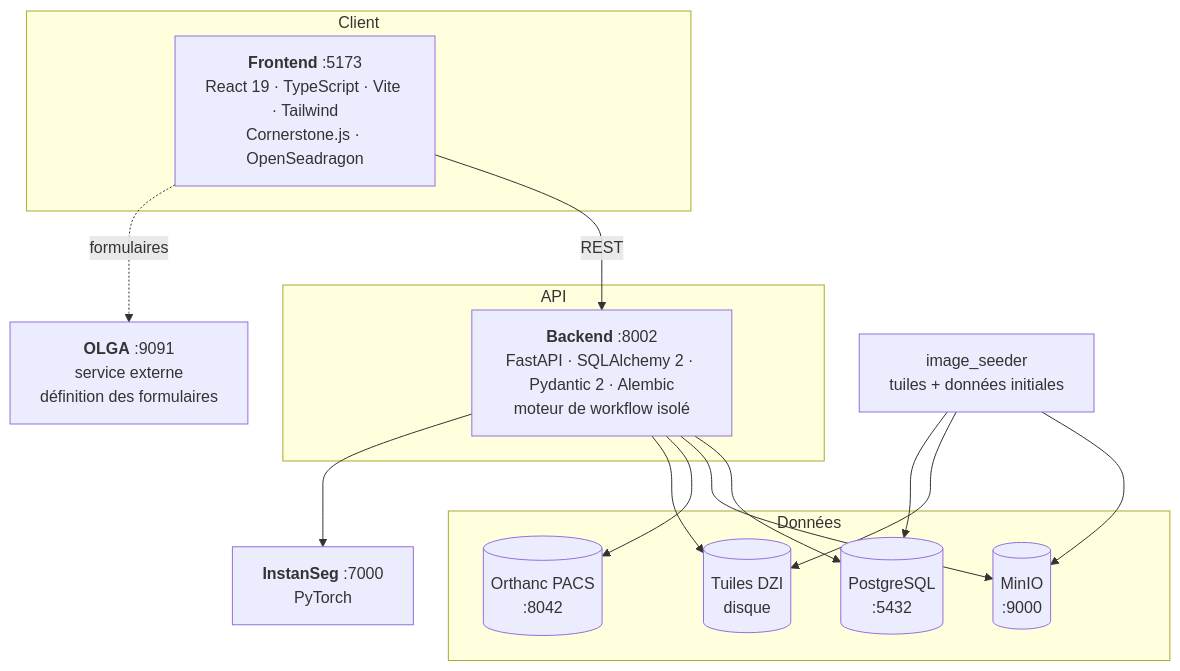
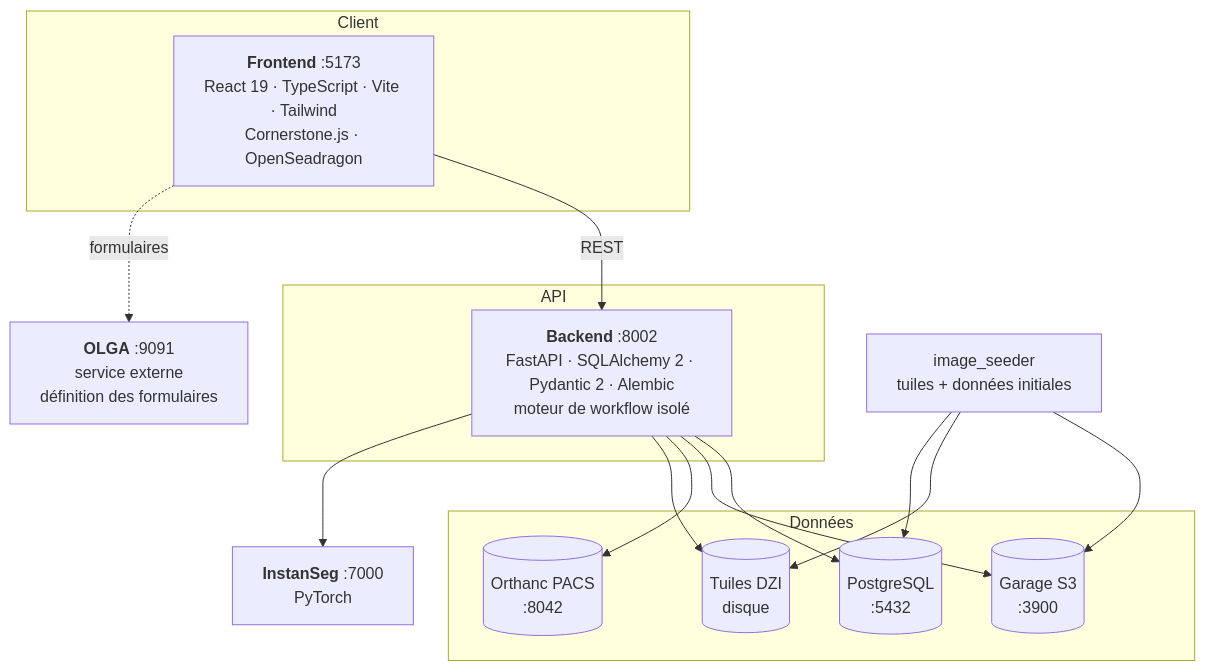
One commit to NEXUS-AI-Innovation-lab/Chiron changed the second of 3 diagrams in README.md. Above: the diagram before and after it, drawn with Mermaid. The commit also changed other lines of this file and 30 other files, not shown here.

First line of the commit message:
Remplace MinIO par Garage et le client minio par boto3

````diff
--- a/README.md
+++ b/README.md
@@ -263,32 +263,32 @@
 ```mermaid
 flowchart TB
     subgraph Client
         FE["<b>Frontend</b> :5173<br/>React 19 · TypeScript · Vite · Tailwind<br/>Cornerstone.js · OpenSeadragon"]
     end
 
     subgraph API
         BE["<b>Backend</b> :8002<br/>FastAPI · SQLAlchemy 2 · Pydantic 2 · Alembic<br/>moteur de workflow isolé"]
     end
 
     subgraph Données
         PG[("PostgreSQL<br/>:5432")]
-        MINIO[("MinIO<br/>:9000")]
+        GARAGE[("Garage S3<br/>:3900")]
         ORTHANC[("Orthanc PACS<br/>:8042")]
         DZI[("Tuiles DZI<br/>disque")]
     end
 
     IA["<b>InstanSeg</b> :7000<br/>PyTorch"]
     OLGA["<b>OLGA</b> :9091<br/>service externe<br/>définition des formulaires"]
     SEED["image_seeder<br/>tuiles + données initiales"]
 
     FE -- REST --> BE
     FE -. formulaires .-> OLGA
     BE --> PG
-    BE --> MINIO
+    BE --> GARAGE
     BE --> ORTHANC
     BE --> DZI
     BE --> IA
-    SEED --> MINIO
+    SEED --> GARAGE
     SEED --> DZI
     SEED --> PG
 ```
````
